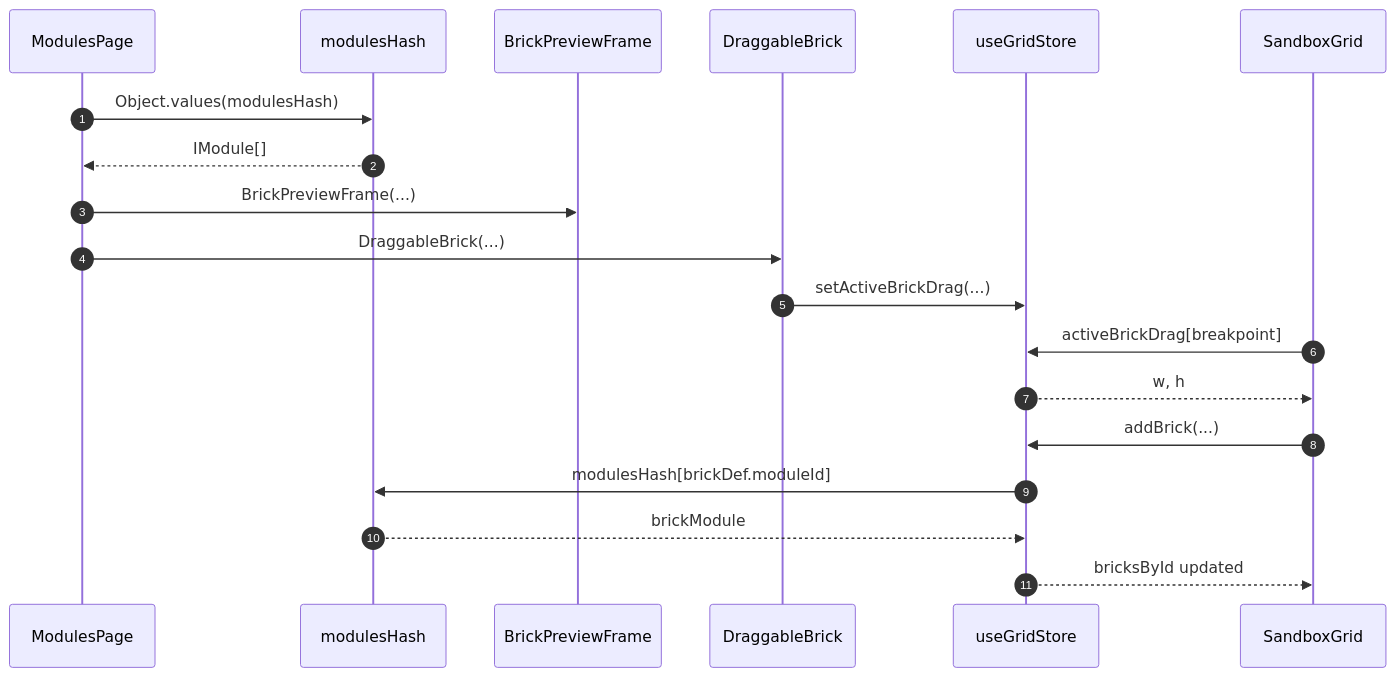
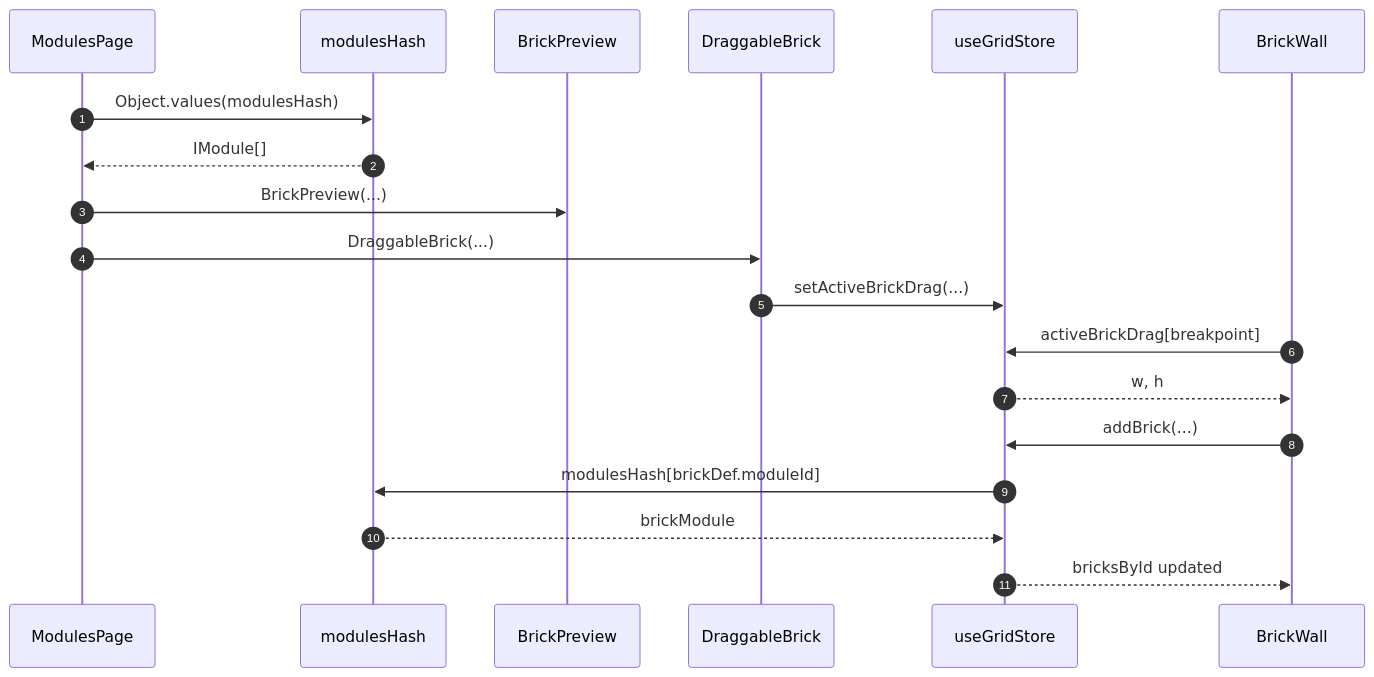
Before and after one commit to morgs32/qrk.sh: the diagram in wiki/architecture/browser/LibrarySandboxBrickDrop.md, drawn with Mermaid. The commit also changed other lines of this file and 38 other files, not shown here.

````diff
--- a/wiki/architecture/browser/LibrarySandboxBrickDrop.md
+++ b/wiki/architecture/browser/LibrarySandboxBrickDrop.md
@@ -34,32 +34,32 @@
 ```mermaid
 sequenceDiagram
   participant ModulesPage
   participant modulesHash
-  participant BrickPreviewFrame
+  participant BrickPreview
   participant DraggableBrick
   participant useGridStore
-  participant SandboxGrid
+  participant BrickWall
 
   autonumber 1
   ModulesPage->>modulesHash: Object.values(modulesHash)
   autonumber 2
   modulesHash-->>ModulesPage: IModule[]
   autonumber 3
-  ModulesPage->>BrickPreviewFrame: BrickPreviewFrame(...)
+  ModulesPage->>BrickPreview: BrickPreview(...)
   autonumber 4
   ModulesPage->>DraggableBrick: DraggableBrick(...)
   autonumber 5
   DraggableBrick->>useGridStore: setActiveBrickDrag(...)
   autonumber 6
-  SandboxGrid->>useGridStore: activeBrickDrag[breakpoint]
+  BrickWall->>useGridStore: activeBrickDrag[breakpoint]
   autonumber 7
-  useGridStore-->>SandboxGrid: w, h
+  useGridStore-->>BrickWall: w, h
   autonumber 8
-  SandboxGrid->>useGridStore: addBrick(...)
+  BrickWall->>useGridStore: addBrick(...)
   autonumber 9
   useGridStore->>modulesHash: modulesHash[brickDef.moduleId]
   autonumber 10
   modulesHash-->>useGridStore: brickModule
   autonumber 11
-  useGridStore-->>SandboxGrid: bricksById updated
+  useGridStore-->>BrickWall: bricksById updated
 ```
````
